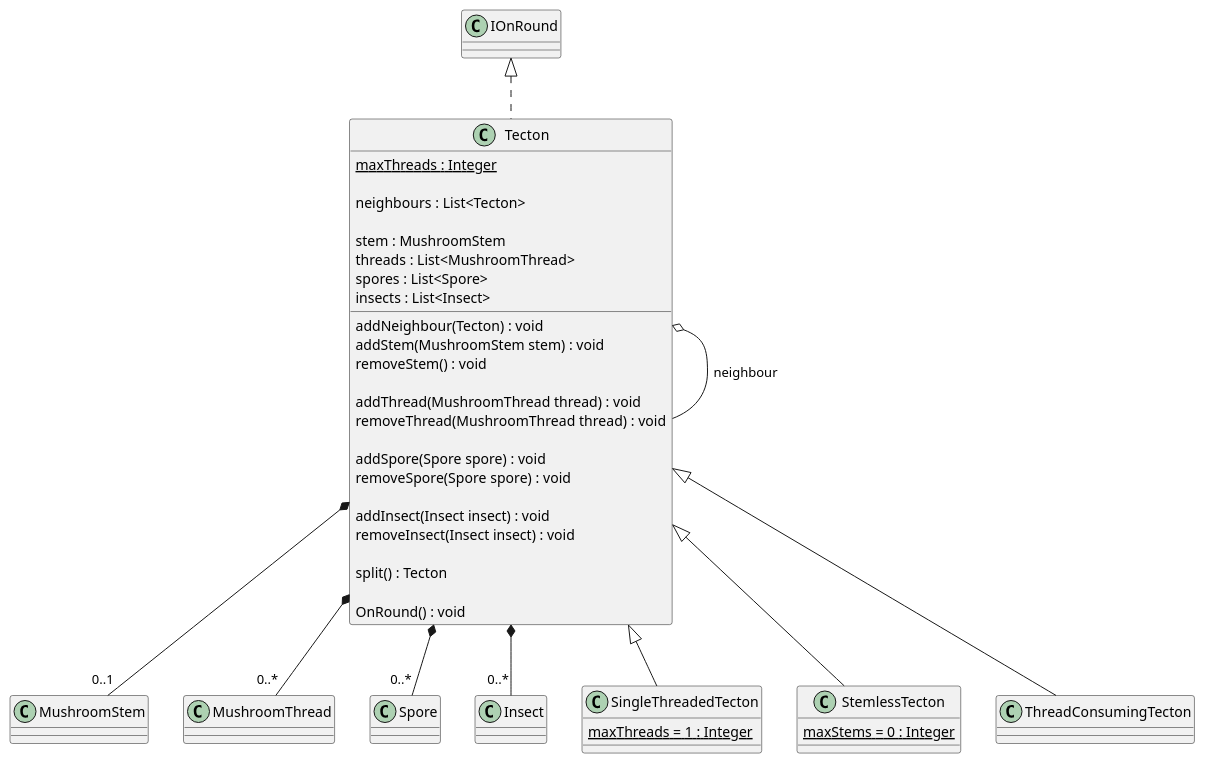
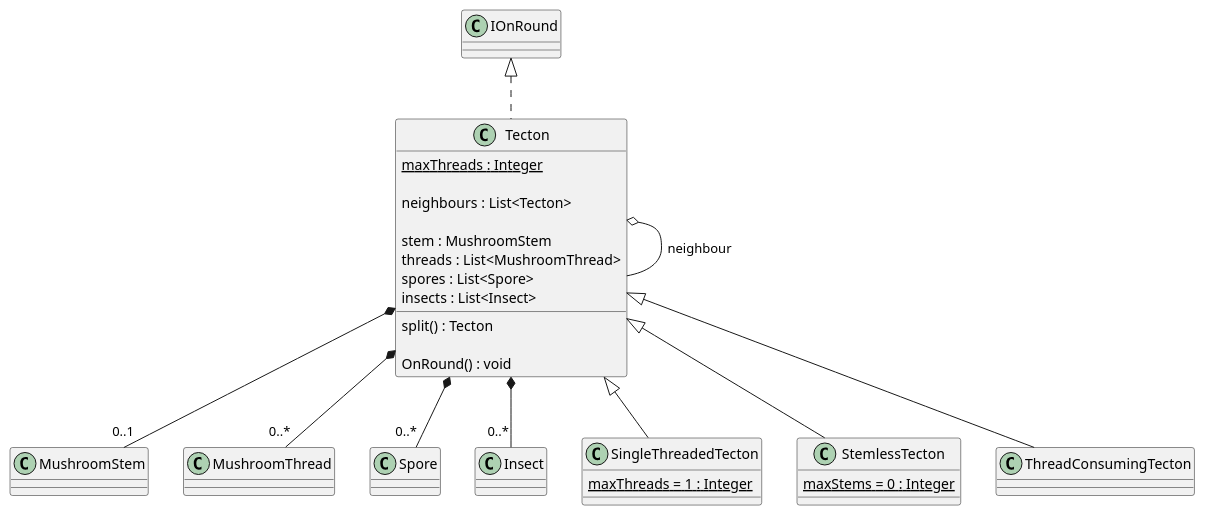
The diagram in 3/classes/tecton.puml (Petya-G/fungorium), drawn with PlantUML before and after one commit.

Commit message:
commented out stuff

```diff
--- a/3/classes/tecton.puml
+++ b/3/classes/tecton.puml
@@ -1,57 +1,54 @@
 @startuml tecton
   IOnRound <|.. Tecton 
   Tecton  o-- Tecton : neighbour
   'Tecton *-- "0..*" Entity
   class Tecton {
     {static} maxThreads : Integer
     
     neighbours : List<Tecton>
 
     stem : MushroomStem
     threads : List<MushroomThread>
     spores : List<Spore>
     insects : List<Insect>  
 
-    addNeighbour(Tecton) : void
-    addStem(MushroomStem stem) : void
-    removeStem() : void
-
-    addThread(MushroomThread thread) : void
-    removeThread(MushroomThread thread) : void
-
-    addSpore(Spore spore) : void
-    removeSpore(Spore spore) : void
-
-    addInsect(Insect insect) : void
-    removeInsect(Insect insect) : void
+    'addNeighbour(Tecton) : void
+    'addStem(MushroomStem stem) : void
+    'removeStem() : void
+    'addThread(MushroomThread thread) : void
+    'removeThread(MushroomThread thread) : void
+    'addSpore(Spore spore) : void
+    'removeSpore(Spore spore) : void
+    'addInsect(Insect insect) : void
+    'removeInsect(Insect insect) : void
 
     split() : Tecton
 
     OnRound() : void
   }
 
   Tecton *-- "0..1" MushroomStem 
   Tecton *-- "0..*" MushroomThread
   
   Tecton *-- "0..*" Spore
   Tecton *-- "0..*" Insect
   'SingleThreadedTecton *-- "0..1" MushroomStem
   'SingleThreadedTecton "2" *-- "0..1" MushroomThread
   Tecton <|-- SingleThreadedTecton
   class SingleThreadedTecton {
     {static} maxThreads = 1 : Integer
   }
 
 
   'BodylessTecton "2" *-- "0..*" MushroomThread
   Tecton <|-- StemlessTecton
   class StemlessTecton {
     {static} maxStems = 0 : Integer
   }
 
   ' ThreadConsumingTecton *-- "0..1" MushroomStem
   'ThreadConsumingTecton "2" *-- "0..*" MushroomThread
   Tecton <|-- ThreadConsumingTecton
   class ThreadConsumingTecton {
   }
 @enduml
```
